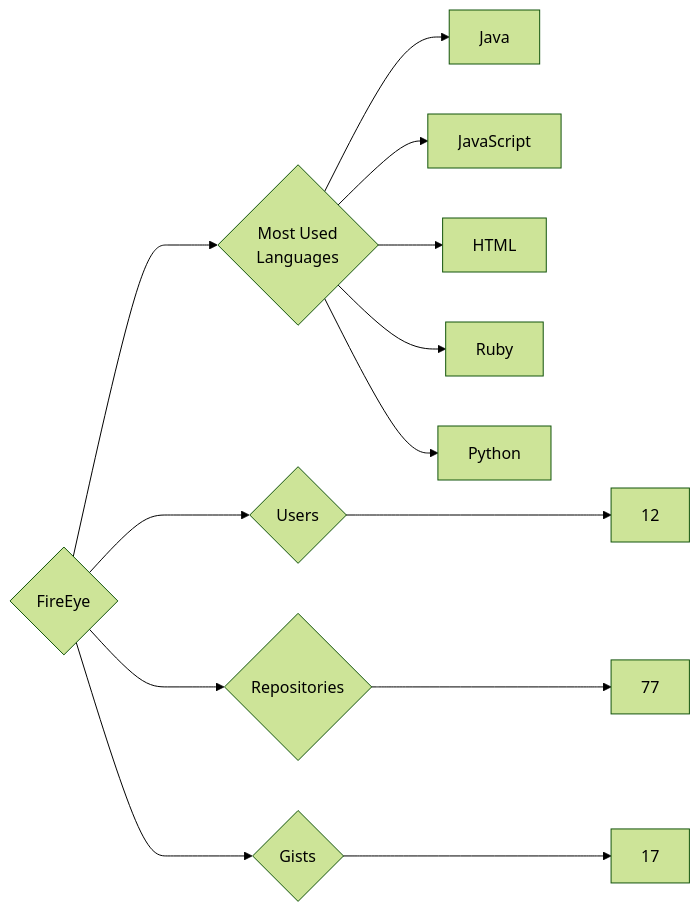
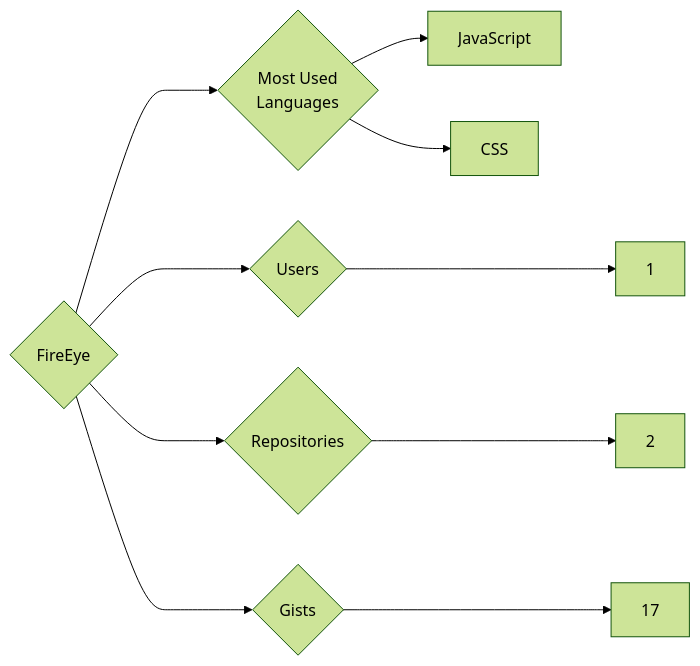
One commit to trickest/insiders changed the diagram in targets/FireEye/README.md. Above: the diagram before and after it, drawn with Mermaid (forest theme). The commit also changed 681 other files, not shown here.

````diff
--- a/targets/FireEye/README.md
+++ b/targets/FireEye/README.md
@@ -3,13 +3,10 @@
 ```mermaid
 graph LR
 COMPANY_NAME{FireEye}
-COMPANY_NAME ---> U{Users} ---> UN[12]
-COMPANY_NAME ---> R{Repositories} ---> RN[77]
+COMPANY_NAME ---> U{Users} ---> UN[1]
+COMPANY_NAME ---> R{Repositories} ---> RN[2]
 COMPANY_NAME ---> G{Gists} ---> GN[17]
 COMPANY_NAME ---> ML{Most Used<br>Languages}
-ML --> Java[Java]
 ML --> JavaScript[JavaScript]
-ML --> HTML[HTML]
-ML --> Ruby[Ruby]
-ML --> Python[Python]
+ML --> CSS[CSS]
 ```
````
